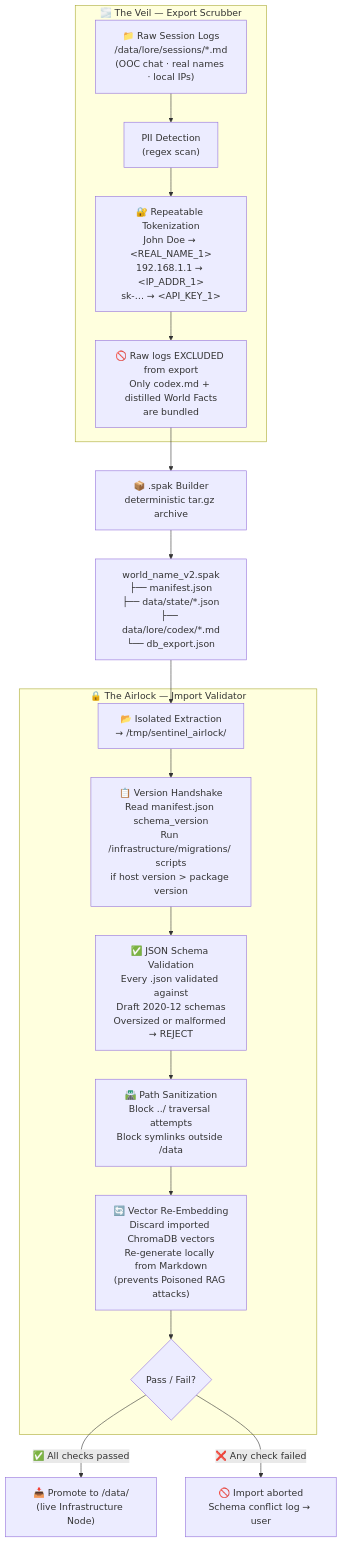
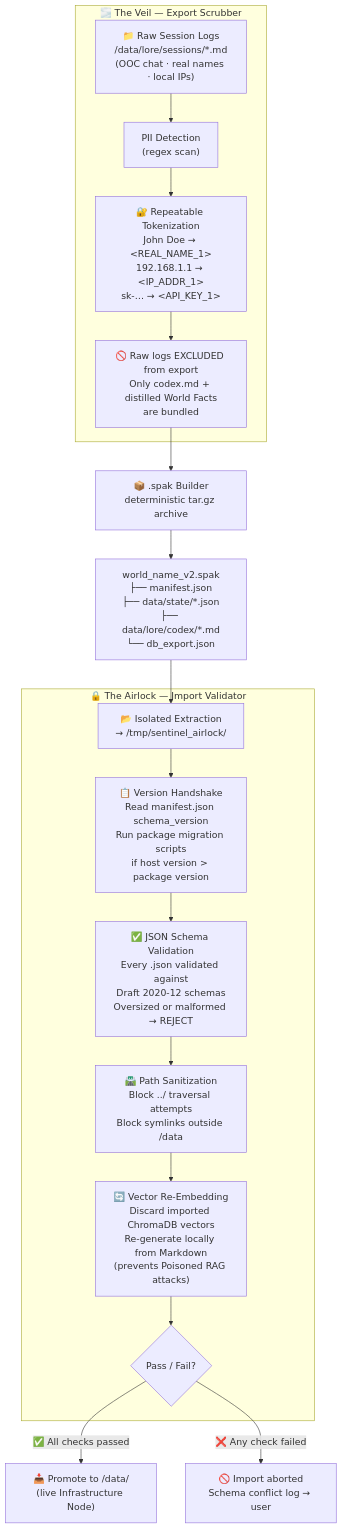
Before and after one commit to russalo/project-sentinel: the third of 3 diagrams in ARCHITECTURE.md, drawn with Mermaid. The commit also changed other lines of this file and 9 other files, not shown here.

````diff
--- a/ARCHITECTURE.md
+++ b/ARCHITECTURE.md
@@ -346,27 +332,27 @@
 ```mermaid
 flowchart TD
     A["📁 Raw Session Logs\n/data/lore/sessions/*.md\n(OOC chat · real names · local IPs)"]
 
     subgraph VEIL["🌫️ The Veil  —  Export Scrubber"]
         A --> B["PII Detection\n(regex scan)"]
         B --> C["🔐 Repeatable Tokenization\nJohn Doe → &lt;REAL_NAME_1&gt;\n192.168.1.1 → &lt;IP_ADDR_1&gt;\nsk-… → &lt;API_KEY_1&gt;"]
         C --> D["🚫 Raw logs EXCLUDED from export\nOnly codex.md + distilled World Facts\nare bundled"]
     end
 
     D --> E["📦 .spak Builder\ndeterministic tar.gz archive"]
     E --> F["world_name_v2.spak\n├── manifest.json\n├── data/state/*.json\n├── data/lore/codex/*.md\n└── db_export.json"]
 
     F --> G
 
     subgraph AIRLOCK["🔒 The Airlock  —  Import Validator"]
         G["📂 Isolated Extraction\n→ /tmp/sentinel_airlock/"]
-        G --> H["📋 Version Handshake\nRead manifest.json schema_version\nRun /infrastructure/migrations/ scripts\nif host version &gt; package version"]
+        G --> H["📋 Version Handshake\nRead manifest.json schema_version\nRun package migration scripts\nif host version &gt; package version"]
         H --> I["✅ JSON Schema Validation\nEvery .json validated against\nDraft 2020-12 schemas\nOversized or malformed → REJECT"]
         I --> J["🛣️ Path Sanitization\nBlock ../ traversal attempts\nBlock symlinks outside /data"]
         J --> K["🔄 Vector Re-Embedding\nDiscard imported ChromaDB vectors\nRe-generate locally from Markdown\n(prevents Poisoned RAG attacks)"]
         K --> PASS{"Pass / Fail?"}
     end
 
     PASS -->|"✅ All checks passed"| M["📥 Promote to /data/\n(live Infrastructure Node)"]
     PASS -->|"❌ Any check failed"| N["🚫 Import aborted\nSchema conflict log → user"]
 ```
````
